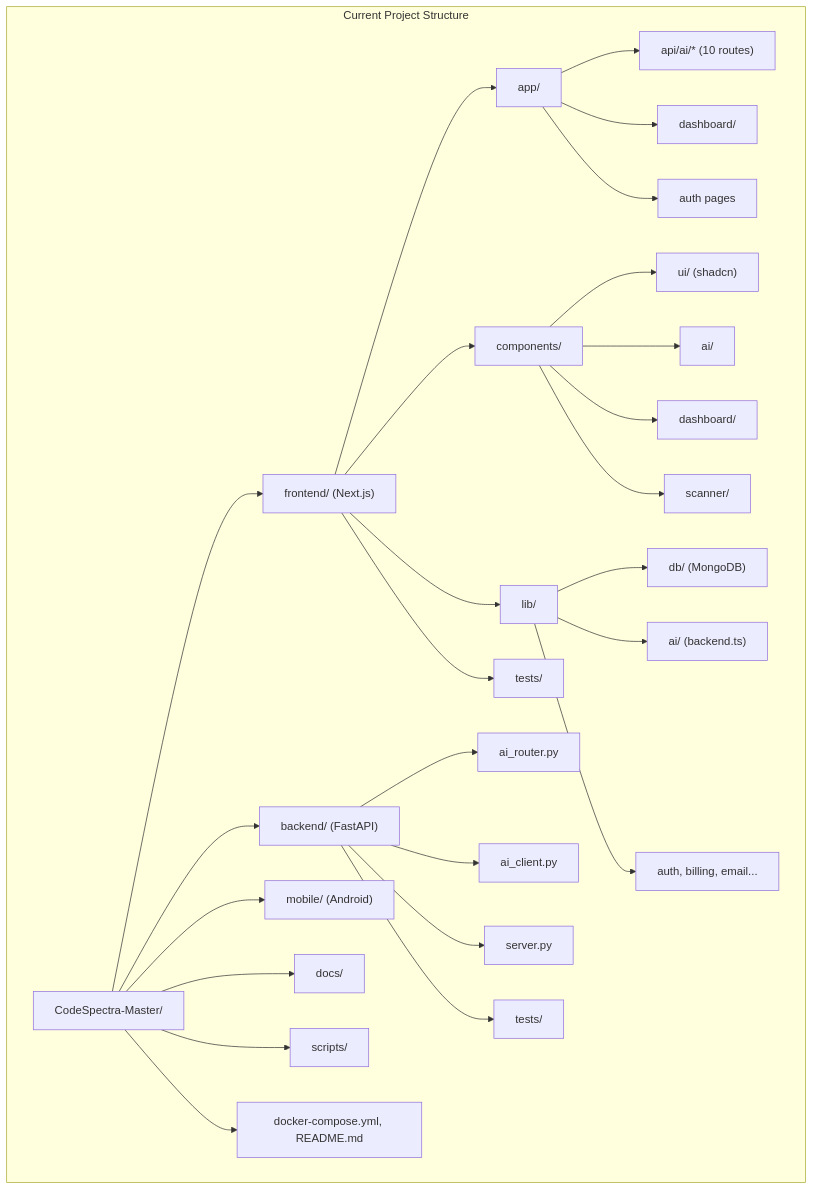
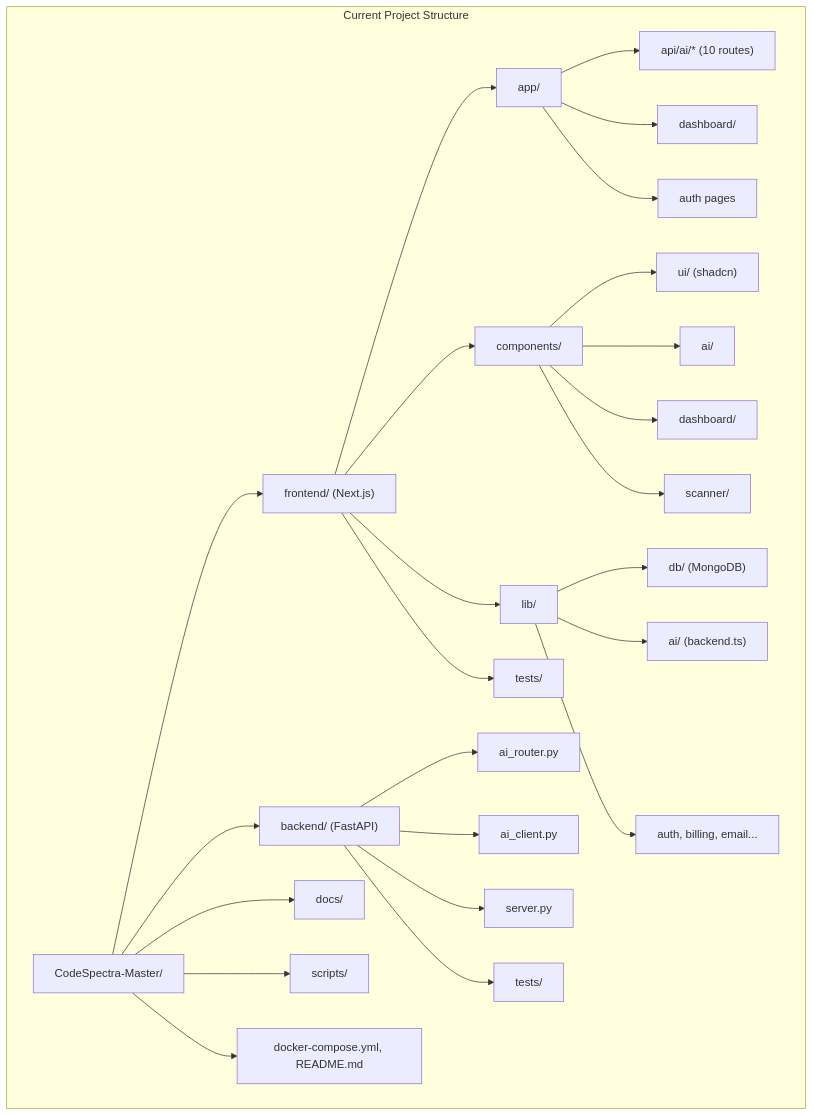
The first of 2 diagrams in docs/developer/03-folder-structure.md (kktejas07/CodeSpectra-Master), drawn with Mermaid before and after one commit. The commit also changed other lines of this file and 103 other files, not shown here.

````diff
--- a/docs/developer/03-folder-structure.md
+++ b/docs/developer/03-folder-structure.md
@@ -71,36 +68,35 @@
 ```mermaid
 graph TB
     subgraph "Current Project Structure"
         Root["CodeSpectra-Master/"]
         
         Root --> Frontend["frontend/ (Next.js)"]
         Root --> Backend["backend/ (FastAPI)"]
-        Root --> Mobile["mobile/ (Android)"]
         Root --> Docs["docs/"]
         Root --> Scripts["scripts/"]
         Root --> Config["docker-compose.yml, README.md"]
         
         Frontend --> FApp["app/"]
         Frontend --> FComp["components/"]
         Frontend --> FLib["lib/"]
         Frontend --> FTests["tests/"]
         
         FApp --> API["api/ai/* (10 routes)"]
         FApp --> Dashboard["dashboard/"]
         FApp --> Auth["auth pages"]
         
         FComp --> UI["ui/ (shadcn)"]
         FComp --> AI["ai/"]
         FComp --> DashboardComp["dashboard/"]
         FComp --> Scanner["scanner/"]
         
         FLib --> DB["db/ (MongoDB)"]
         FLib --> AIBackend["ai/ (backend.ts)"]
         FLib --> Utils["auth, billing, email..."]
         
         Backend --> BRouter["ai_router.py"]
         Backend --> BClient["ai_client.py"]
         Backend --> BServer["server.py"]
         Backend --> BTests["tests/"]
     end
 ```
````
